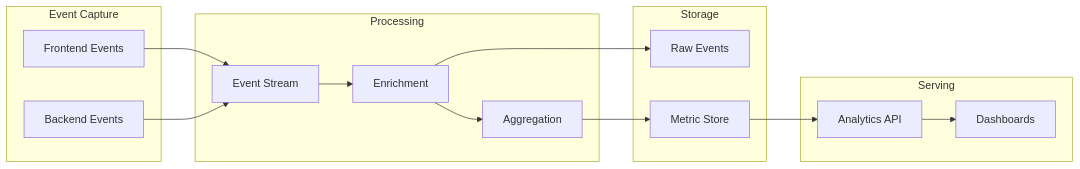
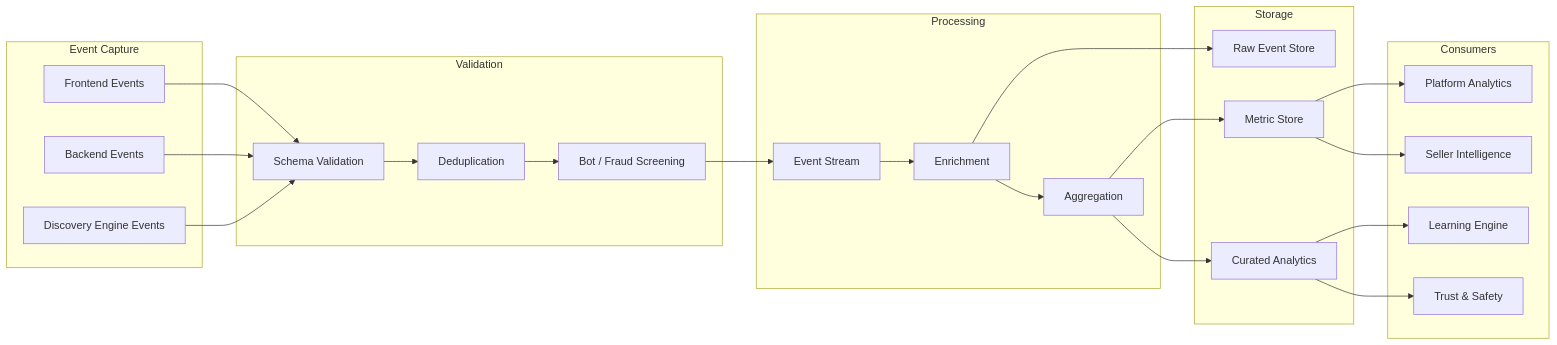
The diagram in docs/07-discovery-analytics.md (petkao/pinkcurve-blueprint), drawn with Mermaid before and after one commit. The commit also changed other lines of this file and 27 other files, not shown here.

Commit message:
Update PinkCurve blueprint and complete Chapter 11 data architecture audit

````diff
--- a/docs/07-discovery-analytics.md
+++ b/docs/07-discovery-analytics.md
@@ -171,32 +1120,53 @@
 ```mermaid
 flowchart LR
+
     subgraph Capture["Event Capture"]
         FE[Frontend Events]
         BE[Backend Events]
+        DS[Discovery Engine Events]
+    end
+
+    subgraph Validation["Validation"]
+        SV[Schema Validation]
+        DD[Deduplication]
+        BT[Bot / Fraud Screening]
     end
 
     subgraph Process["Processing"]
-        Stream[Event Stream]
-        Enrich[Enrichment]
-        Aggregate[Aggregation]
+        ES[Event Stream]
+        EN[Enrichment]
+        AG[Aggregation]
     end
 
     subgraph Store["Storage"]
-        Raw[Raw Events]
-        Metrics[Metric Store]
+        RAW[Raw Event Store]
+        CUR[Curated Analytics]
+        MET[Metric Store]
     end
 
-    subgraph Serve["Serving"]
-        API[Analytics API]
-        Dashboard[Dashboards]
+    subgraph Consumers["Consumers"]
+        PA[Platform Analytics]
+        SI[Seller Intelligence]
+        LE[Learning Engine]
+        TS[Trust & Safety]
     end
 
-    FE --> Stream
-    BE --> Stream
-    Stream --> Enrich
-    Enrich --> Raw
-    Enrich --> Aggregate
-    Aggregate --> Metrics
-    Metrics --> API
-    API --> Dashboard
+    FE --> SV
+    BE --> SV
+    DS --> SV
+
+    SV --> DD
+    DD --> BT
+    BT --> ES
+
+    ES --> EN
+    EN --> RAW
+    EN --> AG
+    AG --> CUR
+    AG --> MET
+
+    MET --> PA
+    MET --> SI
+    CUR --> LE
+    CUR --> TS
 ```
````
